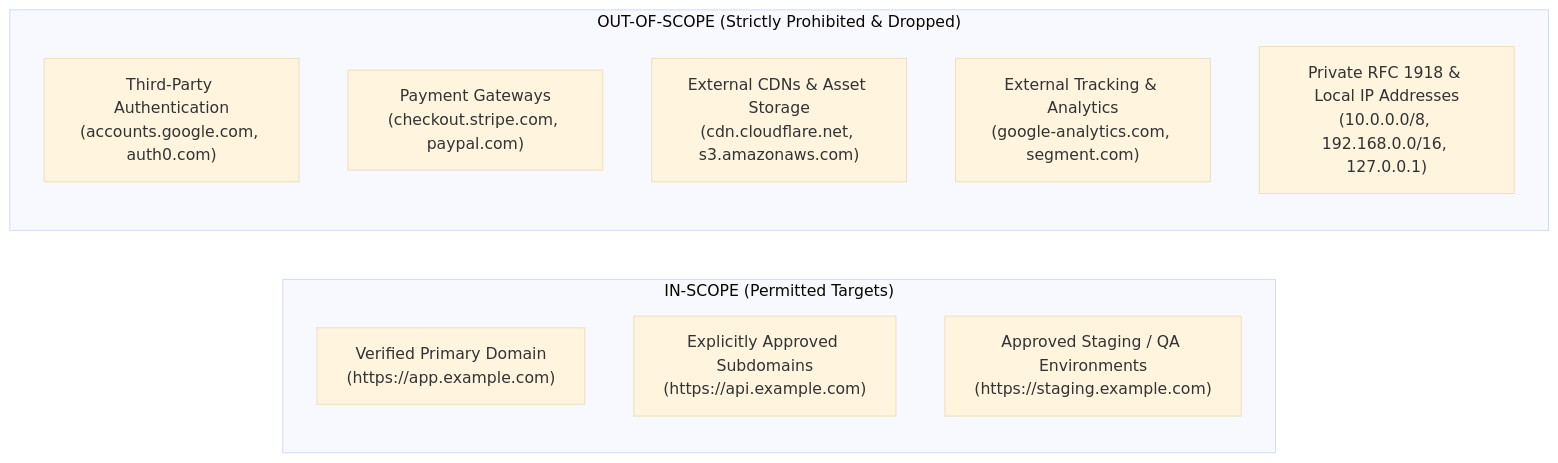
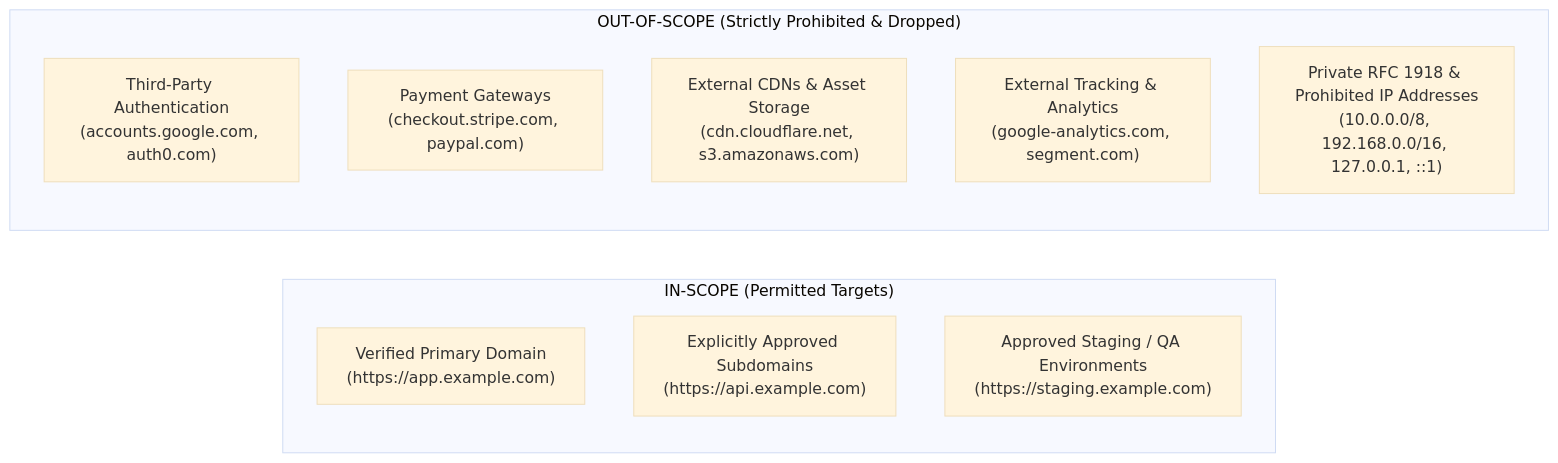
Before and after one commit to shaikhakib12/Veltrix: the second of 3 diagrams in specs/authorized-scanning-policy.md, drawn with Mermaid (base theme). The commit also changed other lines of this file and 10 other files, not shown here.

````diff
--- a/specs/authorized-scanning-policy.md
+++ b/specs/authorized-scanning-policy.md
@@ -66,16 +72,16 @@
 ```mermaid
 flowchart LR
     subgraph InScope["IN-SCOPE (Permitted Targets)"]
         D1["Verified Primary Domain<br/>(https://app.example.com)"]
         D2["Explicitly Approved Subdomains<br/>(https://api.example.com)"]
         D3["Approved Staging / QA Environments<br/>(https://staging.example.com)"]
     end
 
     subgraph OutOfScope["OUT-OF-SCOPE (Strictly Prohibited & Dropped)"]
         X1["Third-Party Authentication<br/>(accounts.google.com, auth0.com)"]
         X2["Payment Gateways<br/>(checkout.stripe.com, paypal.com)"]
         X3["External CDNs & Asset Storage<br/>(cdn.cloudflare.net, s3.amazonaws.com)"]
         X4["External Tracking & Analytics<br/>(google-analytics.com, segment.com)"]
-        X5["Private RFC 1918 & Local IP Addresses<br/>(10.0.0.0/8, 192.168.0.0/16, 127.0.0.1)"]
+        X5["Private RFC 1918 & Prohibited IP Addresses<br/>(10.0.0.0/8, 192.168.0.0/16, 127.0.0.1, ::1)"]
     end
 ```
````
